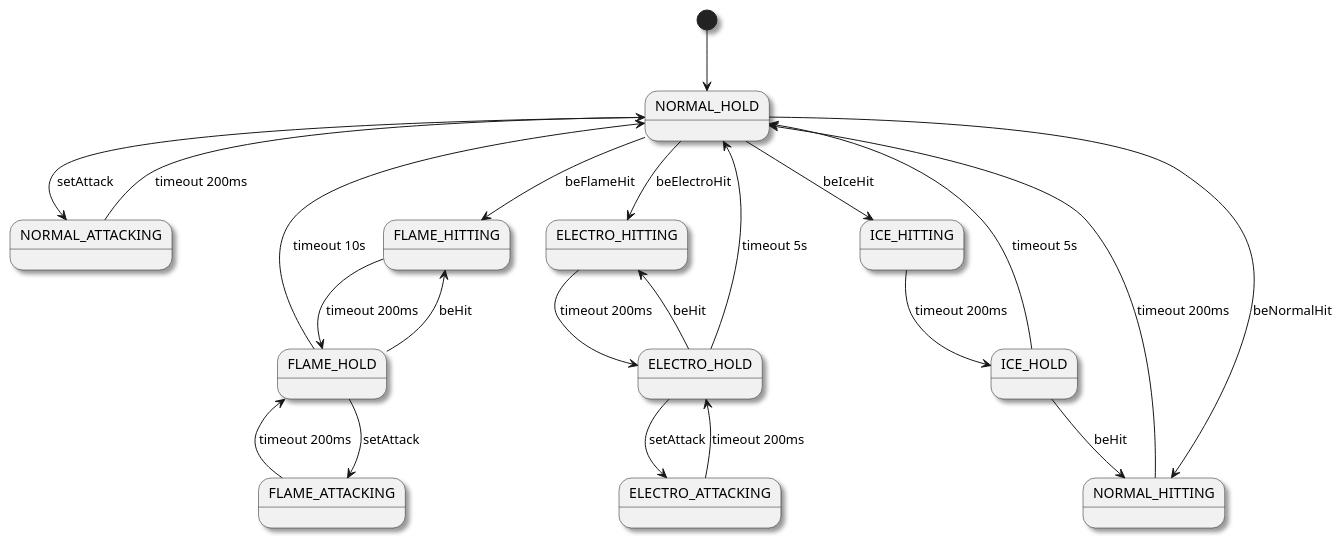
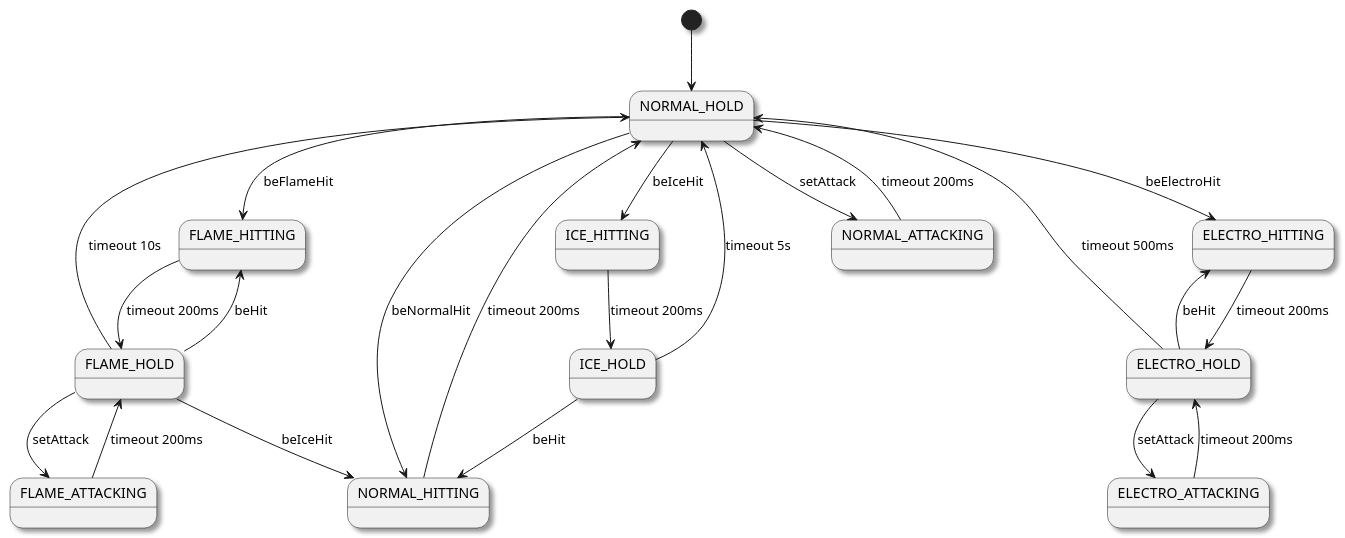
One commit to tingyunaiai9/The-Journey-of-Wizard changed the diagram in doc/hero_state.pu. Above: the diagram before and after it, drawn with PlantUML. The commit also changed 1 other file, not shown here.

Commit message:
change flamehold state to normalhitting when beIceHit

```diff
--- a/doc/hero_state.pu
+++ b/doc/hero_state.pu
@@ -1,34 +1,33 @@
 @startuml
 
 skinparam shadowing true
 
 [*] --> NORMAL_HOLD
 
+NORMAL_HITTING --> NORMAL_HOLD : timeout 200ms
 NORMAL_HOLD --> NORMAL_ATTACKING : setAttack
 NORMAL_HOLD --> NORMAL_HITTING : beNormalHit
 NORMAL_HOLD --> FLAME_HITTING : beFlameHit
 NORMAL_HOLD --> ICE_HITTING : beIceHit
 NORMAL_HOLD --> ELECTRO_HITTING : beElectroHit
 NORMAL_ATTACKING --> NORMAL_HOLD : timeout 200ms
-NORMAL_HITTING --> NORMAL_HOLD : timeout 200ms
 
+FLAME_HITTING --> FLAME_HOLD : timeout 200ms
 FLAME_HOLD --> FLAME_ATTACKING : setAttack
 FLAME_HOLD --> FLAME_HITTING : beHit
+FLAME_HOLD --> NORMAL_HITTING : beIceHit
 FLAME_HOLD --> NORMAL_HOLD : timeout 10s
 FLAME_ATTACKING --> FLAME_HOLD : timeout 200ms
-FLAME_HITTING --> FLAME_HOLD : timeout 200ms
 
+ICE_HITTING --> ICE_HOLD : timeout 200ms
 ICE_HOLD --> NORMAL_HITTING : beHit
 ICE_HOLD --> NORMAL_HOLD : timeout 5s
-ICE_HITTING --> ICE_HOLD : timeout 200ms
 
+ELECTRO_HITTING --> ELECTRO_HOLD : timeout 200ms
 ELECTRO_HOLD --> ELECTRO_ATTACKING : setAttack
 ELECTRO_HOLD --> ELECTRO_HITTING : beHit
-ELECTRO_HOLD --> NORMAL_HOLD : timeout 5s
+ELECTRO_HOLD --> NORMAL_HOLD : timeout 500ms
 ELECTRO_ATTACKING --> ELECTRO_HOLD : timeout 200ms
-ELECTRO_HITTING --> ELECTRO_HOLD : timeout 200ms
-
-
 
 
 @enduml
```
